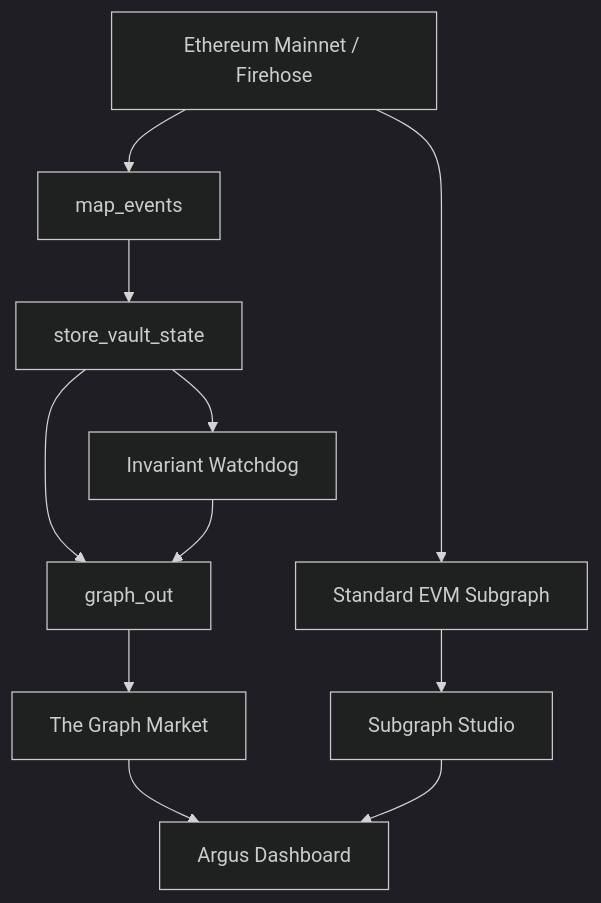
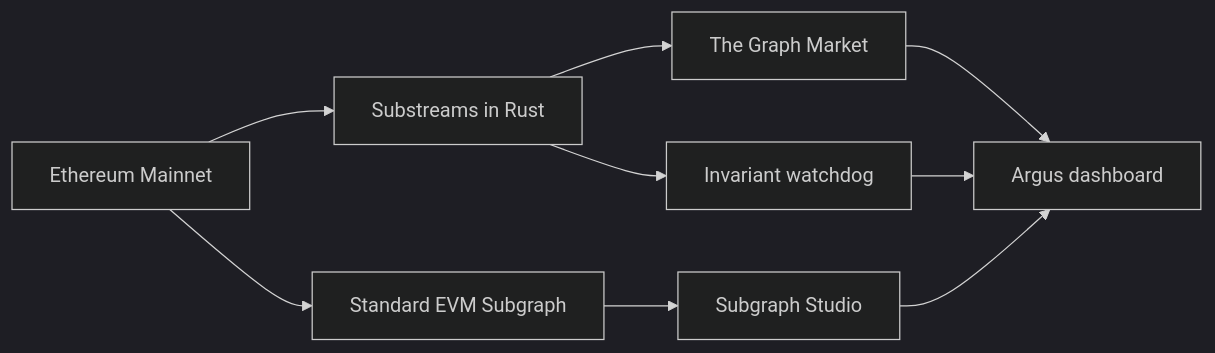
One commit to alva-p/Argus4626 changed the diagram in README.md. Above: the diagram before and after it, drawn with Mermaid (dark theme). The commit also changed other lines of this file, not shown here.

First line of the commit message:
docs: streamline README with Argus branding

````diff
--- a/README.md
+++ b/README.md
@@ -72,13 +36,11 @@
 ```mermaid
-flowchart TD
-    B[ Ethereum Mainnet / Firehose ] --> E[ map_events ]
-    E --> S[ store_vault_state ]
-    S --> O[ graph_out ]
-    O --> M[ The Graph Market ]
-    B --> G[ Standard EVM Subgraph ]
-    G --> ST[ Subgraph Studio ]
-    M --> D[ Argus Dashboard ]
+flowchart LR
+    B[Ethereum Mainnet] --> S[Substreams in Rust]
+    S --> M[The Graph Market]
+    S --> W[Invariant watchdog]
+    B --> G[Standard EVM Subgraph]
+    G --> ST[Subgraph Studio]
+    M --> D[Argus dashboard]
     ST --> D
-    S --> W[ Invariant Watchdog ]
-    W --> O
+    W --> D
 ```
````
